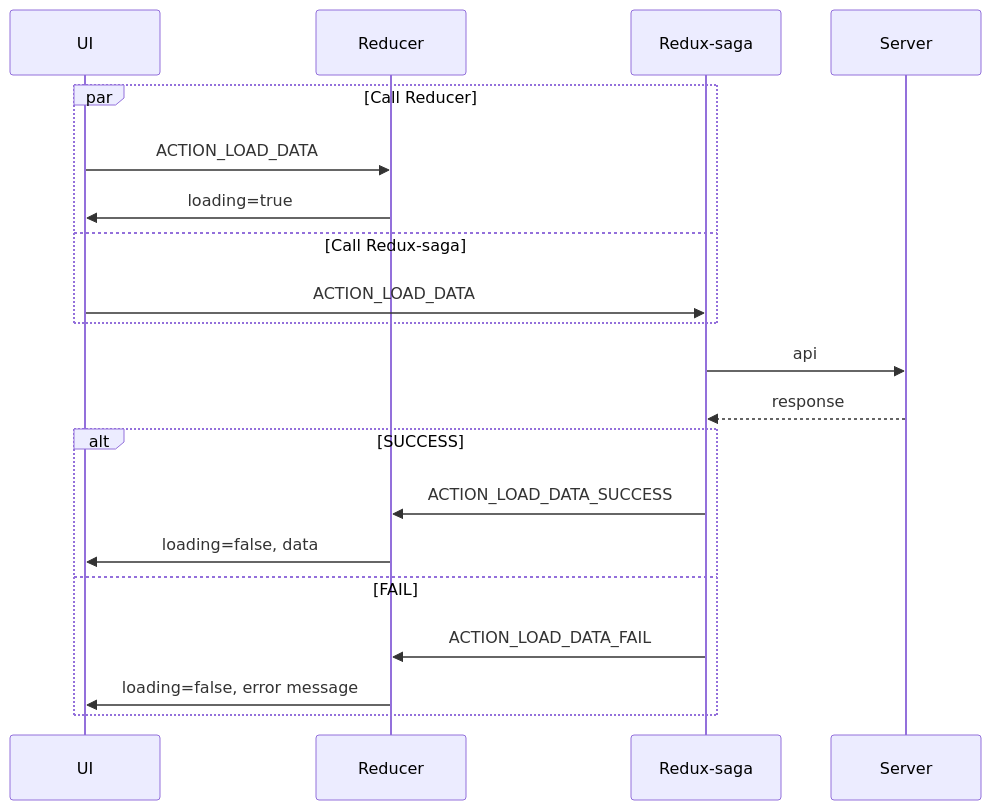
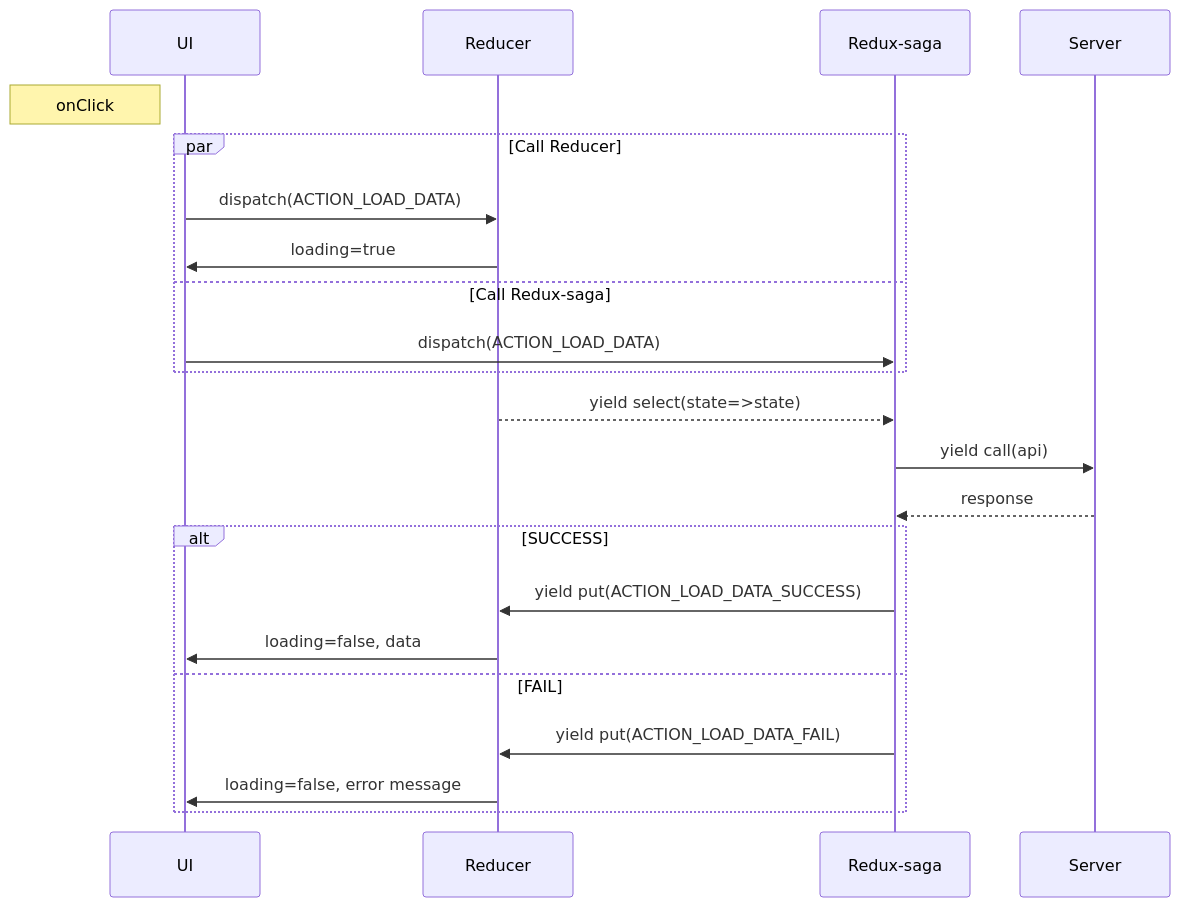
One commit to tsengyushiang/notes changed the diagram in front-end/reduxSaga.md. Above: the diagram before and after it, drawn with Mermaid.

````diff
--- a/front-end/reduxSaga.md
+++ b/front-end/reduxSaga.md
@@ -209,22 +209,25 @@
 ```mermaid
 sequenceDiagram
-    
+       
+    Note left of UI: onClick
     par Call Reducer
-        UI->>Reducer: ACTION_LOAD_DATA
+        UI->>Reducer: dispatch(ACTION_LOAD_DATA)
         Reducer->>UI: loading=true
     and Call Redux-saga
-        UI->>Redux-saga: ACTION_LOAD_DATA
+        UI->>Redux-saga: dispatch(ACTION_LOAD_DATA)
     end
+    
+    Reducer-->>Redux-saga: yield select(state=>state)
 
-    Redux-saga->>Server: api
+    Redux-saga->>Server: yield call(api)
     Server-->>Redux-saga: response
     
     alt SUCCESS
-        Redux-saga->>Reducer: ACTION_LOAD_DATA_SUCCESS
+        Redux-saga->>Reducer: yield put(ACTION_LOAD_DATA_SUCCESS)
         Reducer->>UI: loading=false, data
     else FAIL
-        Redux-saga->>Reducer: ACTION_LOAD_DATA_FAIL
+        Redux-saga->>Reducer: yield put(ACTION_LOAD_DATA_FAIL)
         Reducer->>UI: loading=false, error message 
     end
 
 ```
````
